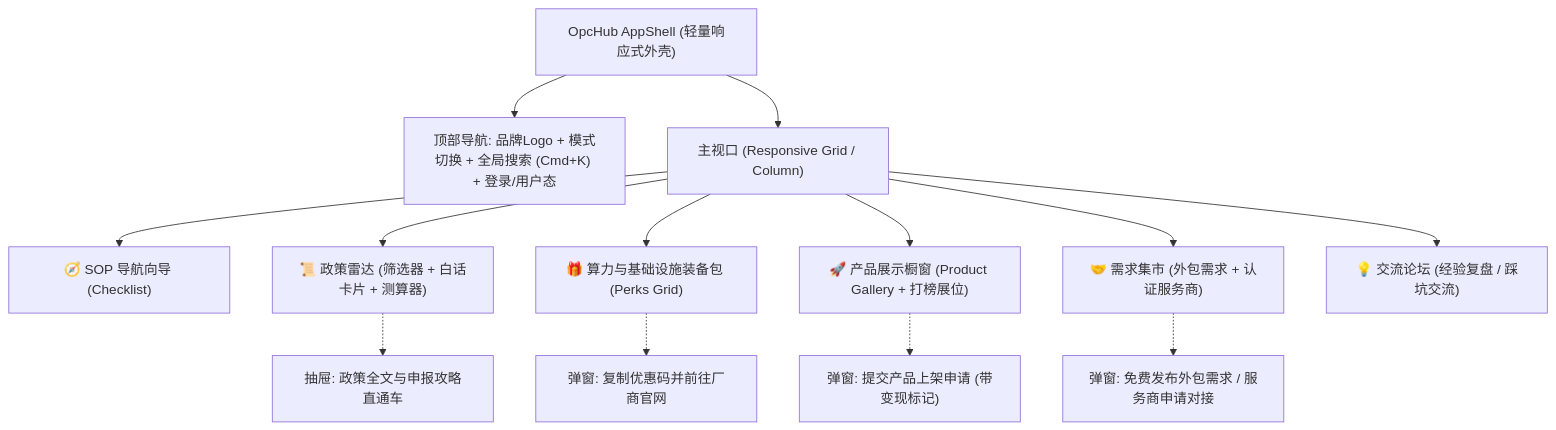
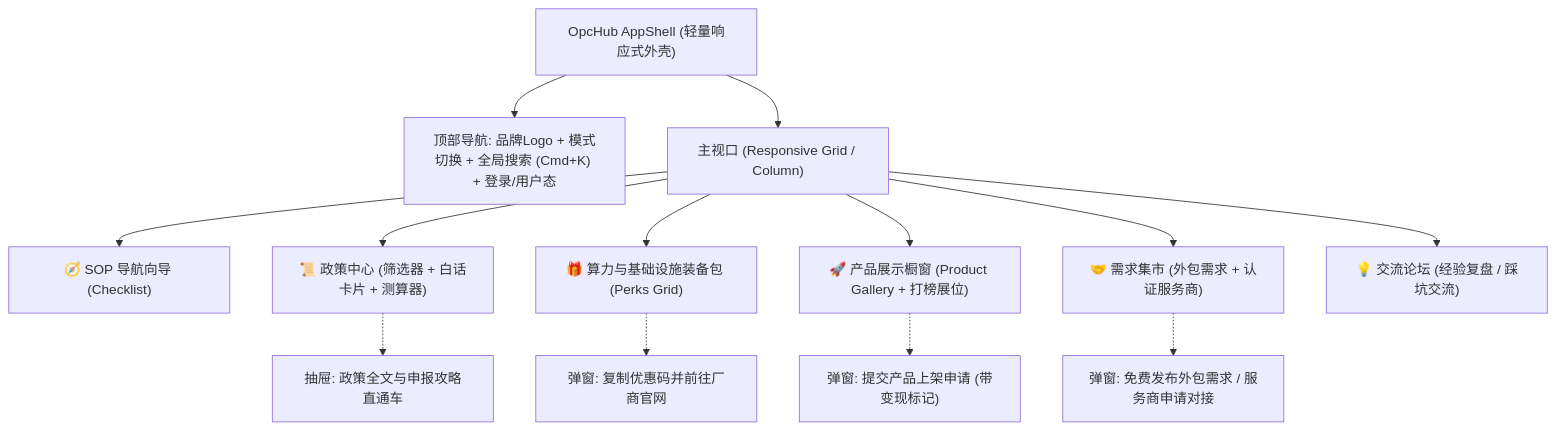
The diagram in hs_dev_docs/_02_feature_spec/_04_prototype_wireframe/opchub_prototype.md (zhaoxuan-inside/OpcHub), drawn with Mermaid before and after one commit. The commit also changed other lines of this file and 21 other files, not shown here.

````diff
--- a/hs_dev_docs/_02_feature_spec/_04_prototype_wireframe/opchub_prototype.md
+++ b/hs_dev_docs/_02_feature_spec/_04_prototype_wireframe/opchub_prototype.md
@@ -12,20 +12,20 @@
 ```mermaid
 graph TD
     AppShell["OpcHub AppShell (轻量响应式外壳)"]
     TopNav["顶部导航: 品牌Logo + 模式切换 + 全局搜索 (Cmd+K) + 登录/用户态"]
     
     AppShell --> TopNav
     AppShell --> MainContent["主视口 (Responsive Grid / Column)"]
     
     MainContent --> View1["🧭 SOP 导航向导 (Checklist)"]
-    MainContent --> View2["📜 政策雷达 (筛选器 + 白话卡片 + 测算器)"]
+    MainContent --> View2["📜 政策中心 (筛选器 + 白话卡片 + 测算器)"]
     MainContent --> View3["🎁 算力与基础设施装备包 (Perks Grid)"]
     MainContent --> View4["🚀 产品展示橱窗 (Product Gallery + 打榜展位)"]
     MainContent --> View5["🤝 需求集市 (外包需求 + 认证服务商)"]
     MainContent --> View6["💡 交流论坛 (经验复盘 / 踩坑交流)"]
 
     View2 -.-> DrawerPolicy["抽屉: 政策全文与申报攻略直通车"]
     View3 -.-> ModalPerk["弹窗: 复制优惠码并前往厂商官网"]
     View4 -.-> ModalSubmit["弹窗: 提交产品上架申请 (带变现标记)"]
     View5 -.-> ModalDemand["弹窗: 免费发布外包需求 / 服务商申请对接"]
 ```
````
